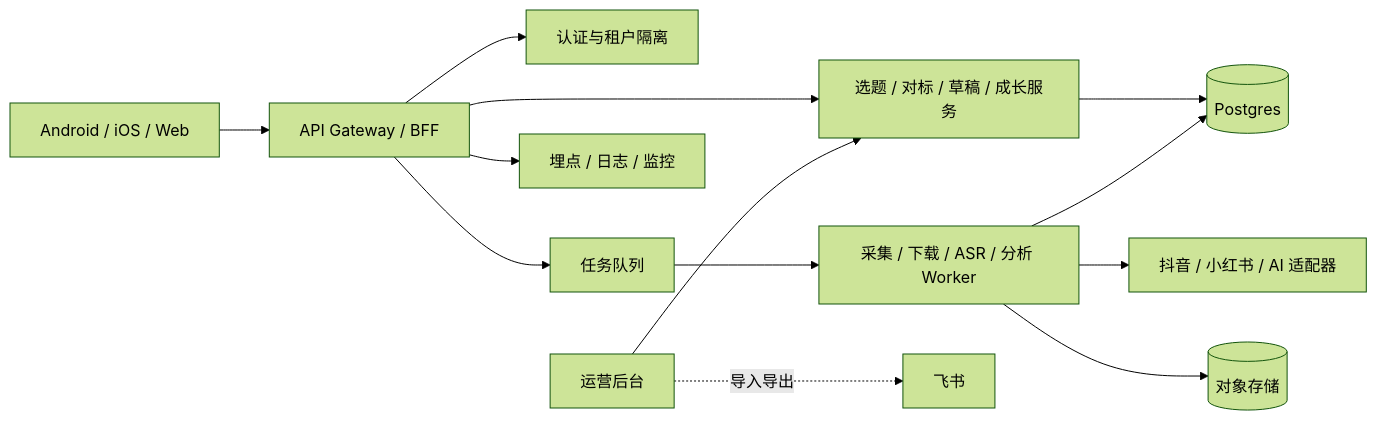
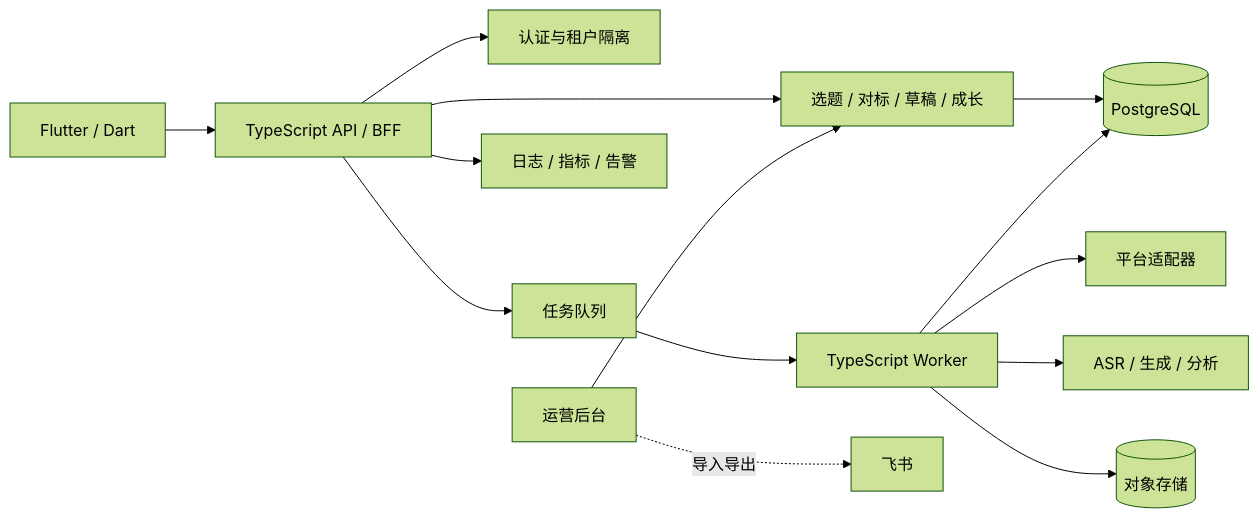
One commit to zhanglongfeng27101797/yayaxingqiu changed the first of 2 diagrams in docs/technical/architecture.md. Above: the diagram before and after it, drawn with Mermaid (forest theme). The commit also changed other lines of this file and 60 other files, not shown here.

Commit message:
refactor: replace prototype with Flutter and TypeScript foundation

````diff
--- a/docs/technical/architecture.md
+++ b/docs/technical/architecture.md
@@ -16,15 +3,16 @@
 ```mermaid
 flowchart LR
-    Client[Android / iOS / Web] --> Gateway[API Gateway / BFF]
+    Mobile[Flutter / Dart] --> Gateway[TypeScript API / BFF]
     Gateway --> Auth[认证与租户隔离]
-    Gateway --> Domain[选题 / 对标 / 草稿 / 成长服务]
+    Gateway --> Domain[选题 / 对标 / 草稿 / 成长]
     Gateway --> Queue[任务队列]
-    Queue --> Worker[采集 / 下载 / ASR / 分析 Worker]
-    Worker --> Adapter[抖音 / 小红书 / AI 适配器]
-    Domain --> PG[(Postgres)]
+    Queue --> Worker[TypeScript Worker]
+    Worker --> Platform[平台适配器]
+    Worker --> AI[ASR / 生成 / 分析]
+    Domain --> PG[(PostgreSQL)]
     Worker --> PG
     Worker --> OSS[(对象存储)]
-    Gateway --> Events[埋点 / 日志 / 监控]
+    Gateway --> Observe[日志 / 指标 / 告警]
     Admin[运营后台] --> Domain
     Admin -. 导入导出 .-> Feishu[飞书]
 ```
````
